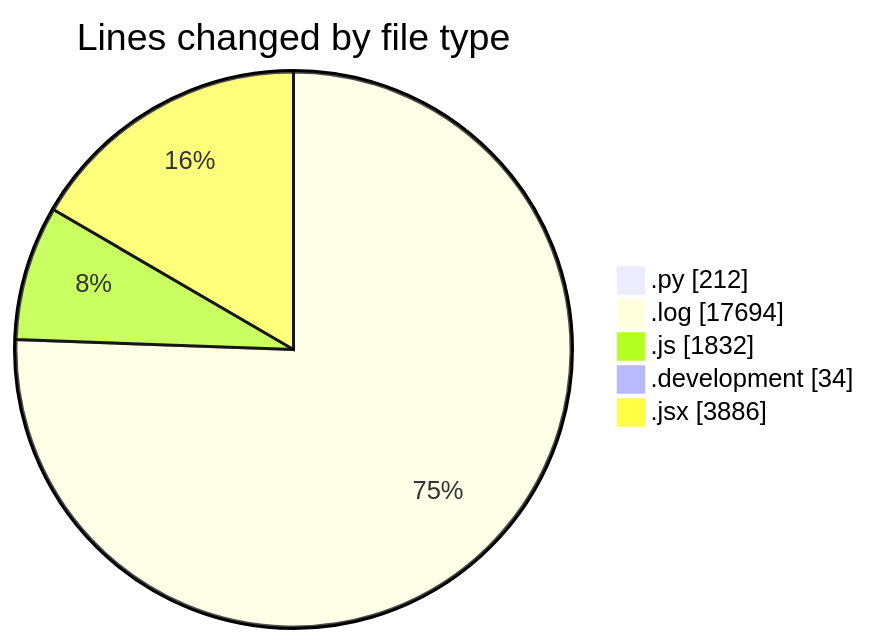
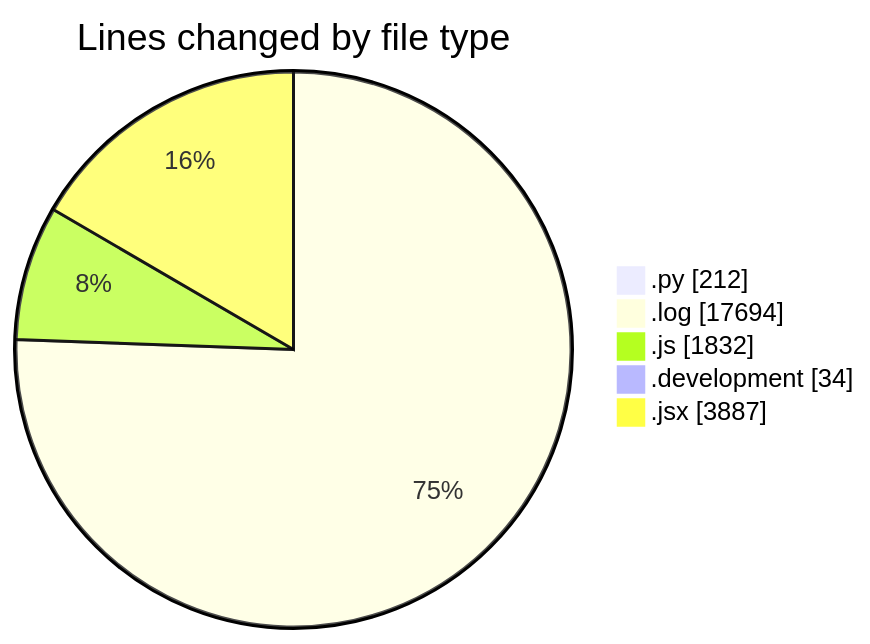
Before and after one commit to nxtqubesakshisongat/code-tracking: the first of 2 diagrams in 2025-04-19/nxtqube_webapp/README.md, drawn with Mermaid. The commit also changed other lines of this file and 1 other file, not shown here.

````diff
--- a/2025-04-19/nxtqube_webapp/README.md
+++ b/2025-04-19/nxtqube_webapp/README.md
@@ -43,9 +43,9 @@
 ```mermaid
 pie showData
 title Lines changed by file type
 ".py" : 212
 ".log" : 17694
 ".js" : 1832
 ".development" : 34
-".jsx" : 3886
+".jsx" : 3887
 ```
````
